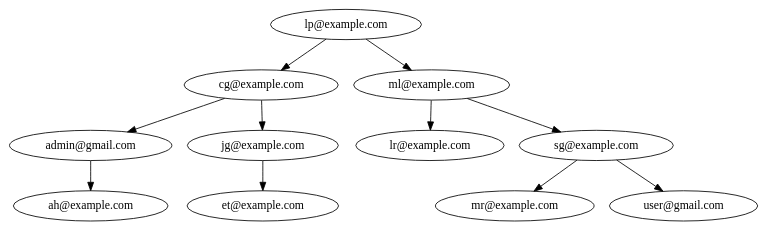
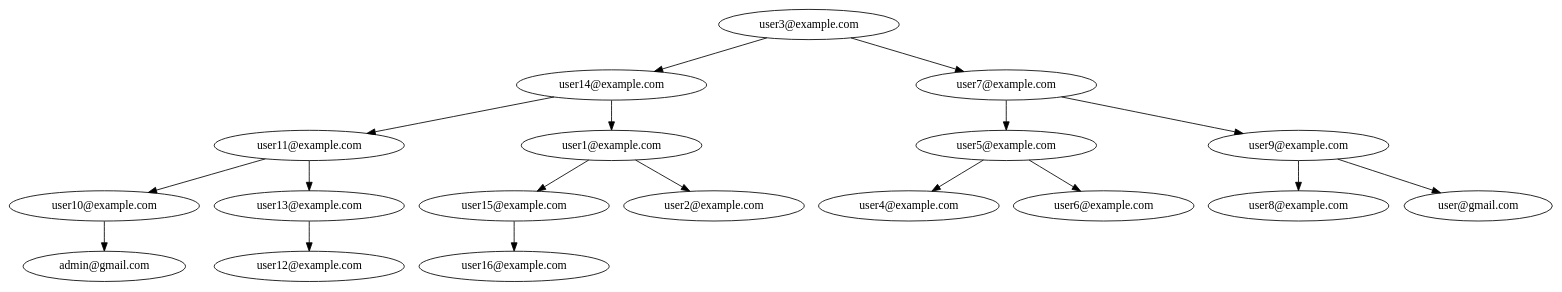
The diagram in Fase2/build/Desktop_Qt_6_7_2_MinGW_64_bit-Debug/arbolAVL.dot (D3r3-k/-EDD-Proyecto_202001151), drawn with Graphviz before and after one commit. The commit also changed 58 other files, not shown here.

```diff
--- a/Fase2/build/Desktop_Qt_6_7_2_MinGW_64_bit-Debug/arbolAVL.dot
+++ b/Fase2/build/Desktop_Qt_6_7_2_MinGW_64_bit-Debug/arbolAVL.dot
@@ -1,23 +1,37 @@
 digraph ArbolAVL {
-"lp@example.com" [label="lp@example.com"];
-"lp@example.com" -> "cg@example.com";
-"cg@example.com" [label="cg@example.com"];
-"cg@example.com" -> "admin@gmail.com";
+"user3@example.com" [label="user3@example.com"];
+"user3@example.com" -> "user14@example.com";
+"user14@example.com" [label="user14@example.com"];
+"user14@example.com" -> "user11@example.com";
+"user11@example.com" [label="user11@example.com"];
+"user11@example.com" -> "user10@example.com";
+"user10@example.com" [label="user10@example.com"];
+"user10@example.com" -> "admin@gmail.com";
 "admin@gmail.com" [label="admin@gmail.com"];
-"admin@gmail.com" -> "ah@example.com";
-"ah@example.com" [label="ah@example.com"];
-"cg@example.com" -> "jg@example.com";
-"jg@example.com" [label="jg@example.com"];
-"jg@example.com" -> "et@example.com";
-"et@example.com" [label="et@example.com"];
-"lp@example.com" -> "ml@example.com";
-"ml@example.com" [label="ml@example.com"];
-"ml@example.com" -> "lr@example.com";
-"lr@example.com" [label="lr@example.com"];
-"ml@example.com" -> "sg@example.com";
-"sg@example.com" [label="sg@example.com"];
-"sg@example.com" -> "mr@example.com";
-"mr@example.com" [label="mr@example.com"];
-"sg@example.com" -> "user@gmail.com";
+"user11@example.com" -> "user13@example.com";
+"user13@example.com" [label="user13@example.com"];
+"user13@example.com" -> "user12@example.com";
+"user12@example.com" [label="user12@example.com"];
+"user14@example.com" -> "user1@example.com";
+"user1@example.com" [label="user1@example.com"];
+"user1@example.com" -> "user15@example.com";
+"user15@example.com" [label="user15@example.com"];
+"user15@example.com" -> "user16@example.com";
+"user16@example.com" [label="user16@example.com"];
+"user1@example.com" -> "user2@example.com";
+"user2@example.com" [label="user2@example.com"];
+"user3@example.com" -> "user7@example.com";
+"user7@example.com" [label="user7@example.com"];
+"user7@example.com" -> "user5@example.com";
+"user5@example.com" [label="user5@example.com"];
+"user5@example.com" -> "user4@example.com";
+"user4@example.com" [label="user4@example.com"];
+"user5@example.com" -> "user6@example.com";
+"user6@example.com" [label="user6@example.com"];
+"user7@example.com" -> "user9@example.com";
+"user9@example.com" [label="user9@example.com"];
+"user9@example.com" -> "user8@example.com";
+"user8@example.com" [label="user8@example.com"];
+"user9@example.com" -> "user@gmail.com";
 "user@gmail.com" [label="user@gmail.com"];
 }
```
